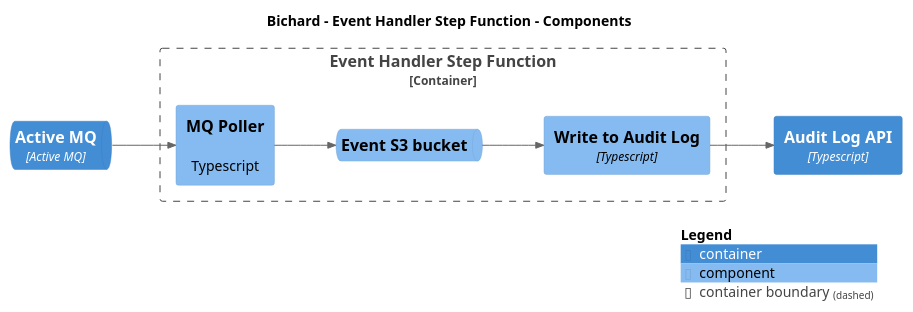
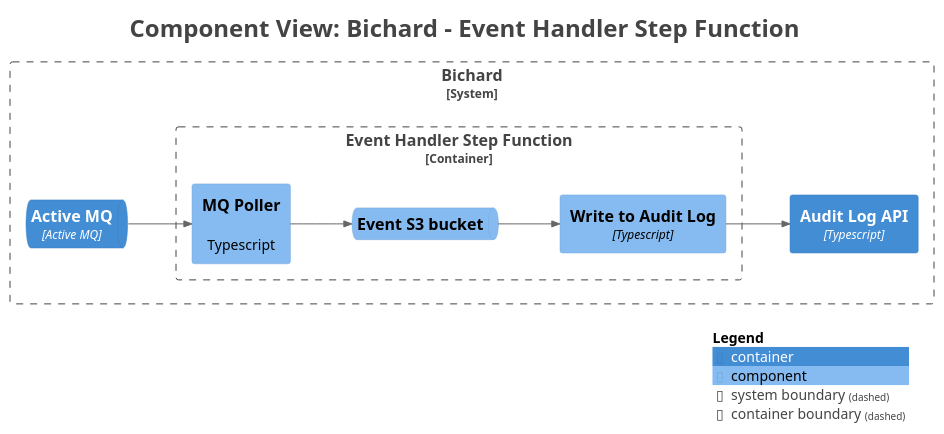
Before and after one commit to ministryofjustice/bichard7-next-core: the diagram in main/puml/Component-003.puml, drawn with PlantUML. The commit also changed 143 other files, not shown here.

```diff
--- a/main/puml/Component-003.puml
+++ b/main/puml/Component-003.puml
@@ -1,27 +1,37 @@
 @startuml
+title <size:24>Component View: Bichard - Event Handler Step Function</size>
+
 set separator none
-title Bichard - Event Handler Step Function - Components
+left to right direction
 
-left to right direction
+<style>
+  root {
+    BackgroundColor: #ffffff
+    FontColor: #444444
+  }
+</style>
 
 !include <C4/C4>
 !include <C4/C4_Context>
 !include <C4/C4_Container>
 !include <C4/C4_Component>
 
-ContainerQueue(Bichard.ActiveMQ, "Active MQ", $techn="Active MQ", $descr="", $tags="", $link="")
-Container(Bichard.AuditLogAPI, "Audit Log API", $techn="Typescript", $descr="", $tags="", $link="")
+System_Boundary("Bichard_boundary", "Bichard", $tags="") {
+  Container_Boundary("Bichard.EventHandlerStepFunction_boundary", "Event Handler Step Function", $tags="") {
+    Component(Bichard.EventHandlerStepFunction.MQPoller, "MQ Poller", $techn="", $descr="Typescript", $tags="", $link="")
+    ComponentQueue(Bichard.EventHandlerStepFunction.EventS3bucket, "Event S3 bucket", $techn="", $descr="", $tags="", $link="")
+    Component(Bichard.EventHandlerStepFunction.WritetoAuditLog, "Write to Audit Log", $techn="Typescript", $descr="", $tags="", $link="")
+  }
 
-Container_Boundary("Bichard.EventHandlerStepFunction_boundary", "Event Handler Step Function", $tags="") {
-  Component(Bichard.EventHandlerStepFunction.MQPoller, "MQ Poller", $techn="", $descr="Typescript", $tags="", $link="")
-  ComponentQueue(Bichard.EventHandlerStepFunction.EventS3bucket, "Event S3 bucket", $techn="", $descr="", $tags="", $link="")
-  Component(Bichard.EventHandlerStepFunction.WritetoAuditLog, "Write to Audit Log", $techn="Typescript", $descr="", $tags="", $link="")
+  ContainerQueue(Bichard.ActiveMQ, "Active MQ", $techn="Active MQ", $descr="", $tags="", $link="")
+  Container(Bichard.AuditLogAPI, "Audit Log API", $techn="Typescript", $descr="", $tags="", $link="")
 }
 
 Rel(Bichard.ActiveMQ, Bichard.EventHandlerStepFunction.MQPoller, "", $techn="", $tags="", $link="")
 Rel(Bichard.EventHandlerStepFunction.MQPoller, Bichard.EventHandlerStepFunction.EventS3bucket, "", $techn="", $tags="", $link="")
 Rel(Bichard.EventHandlerStepFunction.EventS3bucket, Bichard.EventHandlerStepFunction.WritetoAuditLog, "", $techn="", $tags="", $link="")
 Rel(Bichard.EventHandlerStepFunction.WritetoAuditLog, Bichard.AuditLogAPI, "", $techn="", $tags="", $link="")
 
 SHOW_LEGEND(true)
+hide stereotypes
 @enduml
```
